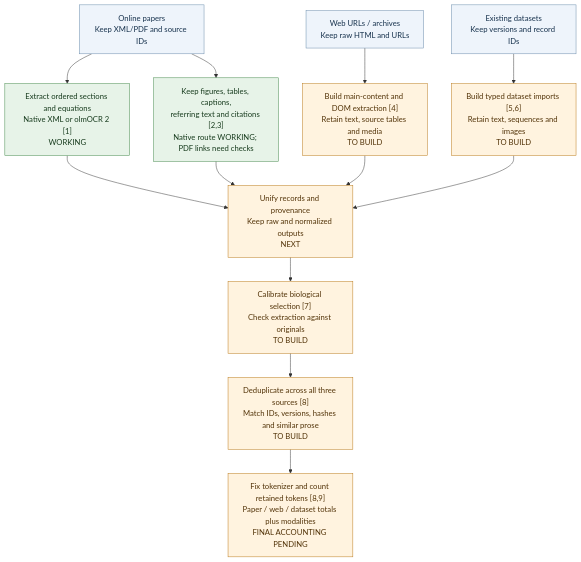
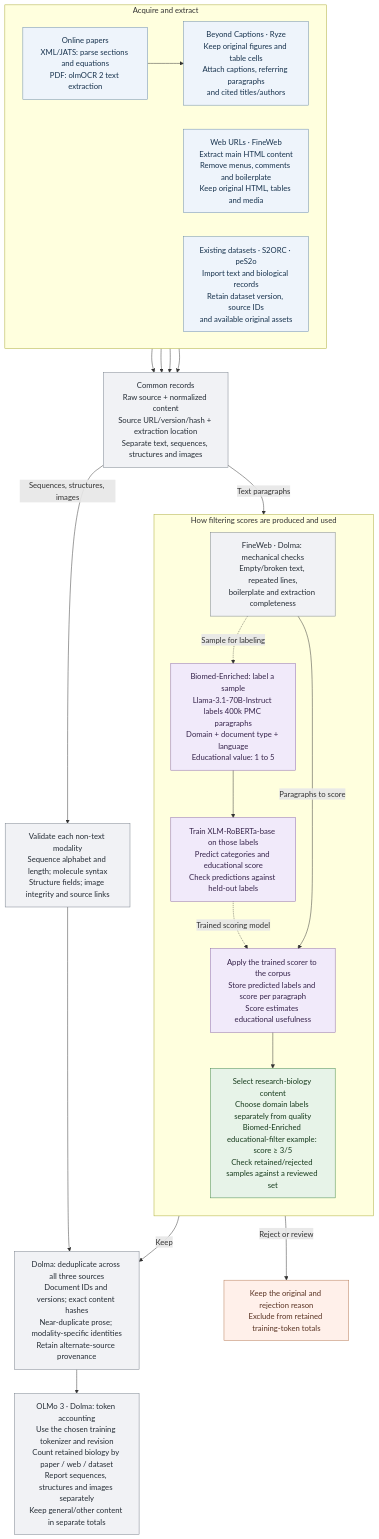
Before and after one commit to Some-random/paper-extraction-lab: the diagram in reports/bio_foundation_review_2026-10-15/data_pipeline.md, drawn with Mermaid. The commit also changed other lines of this file and 5 other files, not shown here.

Commit message:
Explain filtering scores and paper methods inside the processing diagram

````diff
--- a/reports/bio_foundation_review_2026-10-15/data_pipeline.md
+++ b/reports/bio_foundation_review_2026-10-15/data_pipeline.md
@@ -12,27 +7,60 @@
 ```mermaid
-flowchart TD
-    P["Online papers<br/>Keep XML/PDF and source IDs"]
-    W["Web URLs / archives<br/>Keep raw HTML and URLs"]
-    D["Existing datasets<br/>Keep versions and record IDs"]
+flowchart TB
+    subgraph INPUTS["Acquire and extract"]
+        direction LR
+        PAPER["Online papers<br/>XML/JATS: parse sections and equations<br/>PDF: olmOCR 2 text extraction"]
+        ASSETS["Beyond Captions · Ryze<br/>Keep original figures and table cells<br/>Attach captions, referring paragraphs<br/>and cited titles/authors"]
+        WEB["Web URLs · FineWeb<br/>Extract main HTML content<br/>Remove menus, comments and boilerplate<br/>Keep original HTML, tables and media"]
+        DATA["Existing datasets · S2ORC · peS2o<br/>Import text and biological records<br/>Retain dataset version, source IDs<br/>and available original assets"]
+        PAPER --> ASSETS
+    end
 
-    P --> TEXT["Extract ordered sections and equations<br/>Native XML or olmOCR 2 [1]<br/>WORKING"]
-    P --> ASSETS["Keep figures, tables, captions,<br/>referring text and citations [2,3]<br/>Native route WORKING; PDF links need checks"]
-    W --> HTML["Build main-content and DOM extraction [4]<br/>Retain text, source tables and media<br/>TO BUILD"]
-    D --> IMPORT["Build typed dataset imports [5,6]<br/>Retain text, sequences and images<br/>TO BUILD"]
+    PAPER --> RECORDS
+    ASSETS --> RECORDS
+    WEB --> RECORDS
+    DATA --> RECORDS
+    RECORDS["Common records<br/>Raw source + normalized content<br/>Source URL/version/hash + extraction location<br/>Separate text, sequences, structures and images"]
 
-    TEXT --> RECORDS
-    ASSETS --> RECORDS
-    HTML --> RECORDS
-    IMPORT --> RECORDS
-    RECORDS["Unify records and provenance<br/>Keep raw and normalized outputs<br/>NEXT"]
-    RECORDS --> QUALITY["Calibrate biological selection [7]<br/>Check extraction against originals<br/>TO BUILD"]
-    QUALITY --> DEDUP["Deduplicate across all three sources [8]<br/>Match IDs, versions, hashes and similar prose<br/>TO BUILD"]
-    DEDUP --> COUNT["Fix tokenizer and count retained tokens [8,9]<br/>Paper / web / dataset totals plus modalities<br/>FINAL ACCOUNTING PENDING"]
+    RECORDS -->|Text paragraphs| CHECKS
+    RECORDS -->|Sequences, structures, images| MODALITY
+
+    subgraph FILTER["How filtering scores are produced and used"]
+        direction TB
+        CHECKS["FineWeb · Dolma: mechanical checks<br/>Empty/broken text, repeated lines,<br/>boilerplate and extraction completeness"]
+        TEACHER["Biomed-Enriched: label a sample<br/>Llama-3.1-70B-Instruct labels 400k PMC paragraphs<br/>Domain + document type + language<br/>Educational value: 1 to 5"]
+        TRAIN["Train XLM-RoBERTa-base on those labels<br/>Predict categories and educational score<br/>Check predictions against held-out labels"]
+        SCORES["Apply the trained scorer to the corpus<br/>Store predicted labels and score per paragraph<br/>Score estimates educational usefulness"]
+        SELECT["Select research-biology content<br/>Choose domain labels separately from quality<br/>Biomed-Enriched educational-filter example: score ≥ 3/5<br/>Check retained/rejected samples against a reviewed set"]
+        CHECKS -.->|Sample for labeling| TEACHER
+        TEACHER --> TRAIN
+        TRAIN -.->|Trained scoring model| SCORES
+        CHECKS -->|Paragraphs to score| SCORES
+        SCORES --> SELECT
+    end
+
+    MODALITY["Validate each non-text modality<br/>Sequence alphabet and length; molecule syntax<br/>Structure fields; image integrity and source links"]
+    SELECT -->|Keep| DEDUP
+    SELECT -->|Reject or review| REJECT["Keep the original and rejection reason<br/>Exclude from retained training-token totals"]
+    MODALITY --> DEDUP
+    DEDUP["Dolma: deduplicate across all three sources<br/>Document IDs and versions; exact content hashes<br/>Near-duplicate prose; modality-specific identities<br/>Retain alternate-source provenance"]
+    DEDUP --> TOKENS["OLMo 3 · Dolma: token accounting<br/>Use the chosen training tokenizer and revision<br/>Count retained biology by paper / web / dataset<br/>Report sequences, structures and images separately<br/>Keep general/other content in separate totals"]
 
     classDef source fill:#eef4fb,stroke:#688aaa,color:#17324d
-    classDef working fill:#e7f3e8,stroke:#43884a,color:#173b1d
-    classDef pending fill:#fff3df,stroke:#b97818,color:#533409
-    class P,W,D source
-    class TEXT,ASSETS working
-    class HTML,IMPORT,RECORDS,QUALITY,DEDUP,COUNT pending
+    classDef record fill:#f1f2f5,stroke:#78818c,color:#252d36
+    classDef scoring fill:#f1eafa,stroke:#8a67ae,color:#36244b
+    classDef selection fill:#e7f3e8,stroke:#43884a,color:#173b1d
+    classDef rejected fill:#fff0ea,stroke:#b57956,color:#593323
+    class PAPER,ASSETS,WEB,DATA source
+    class RECORDS,CHECKS,MODALITY,DEDUP,TOKENS record
+    class TEACHER,TRAIN,SCORES scoring
+    class SELECT selection
+    class REJECT rejected
+
+    click PAPER "https://arxiv.org/abs/2510.19817" "olmOCR 2"
+    click ASSETS "https://arxiv.org/html/2606.01049v2" "Beyond Captions"
+    click WEB "https://arxiv.org/html/2406.17557v1" "FineWeb"
+    click DATA "https://aclanthology.org/2020.acl-main.447/" "S2ORC"
+    click TEACHER "https://arxiv.org/html/2506.20331v1" "Biomed-Enriched"
+    click DEDUP "https://arxiv.org/html/2402.00159v1" "Dolma"
+    click TOKENS "https://arxiv.org/html/2512.13961v2" "OLMo 3"
 ```
````
